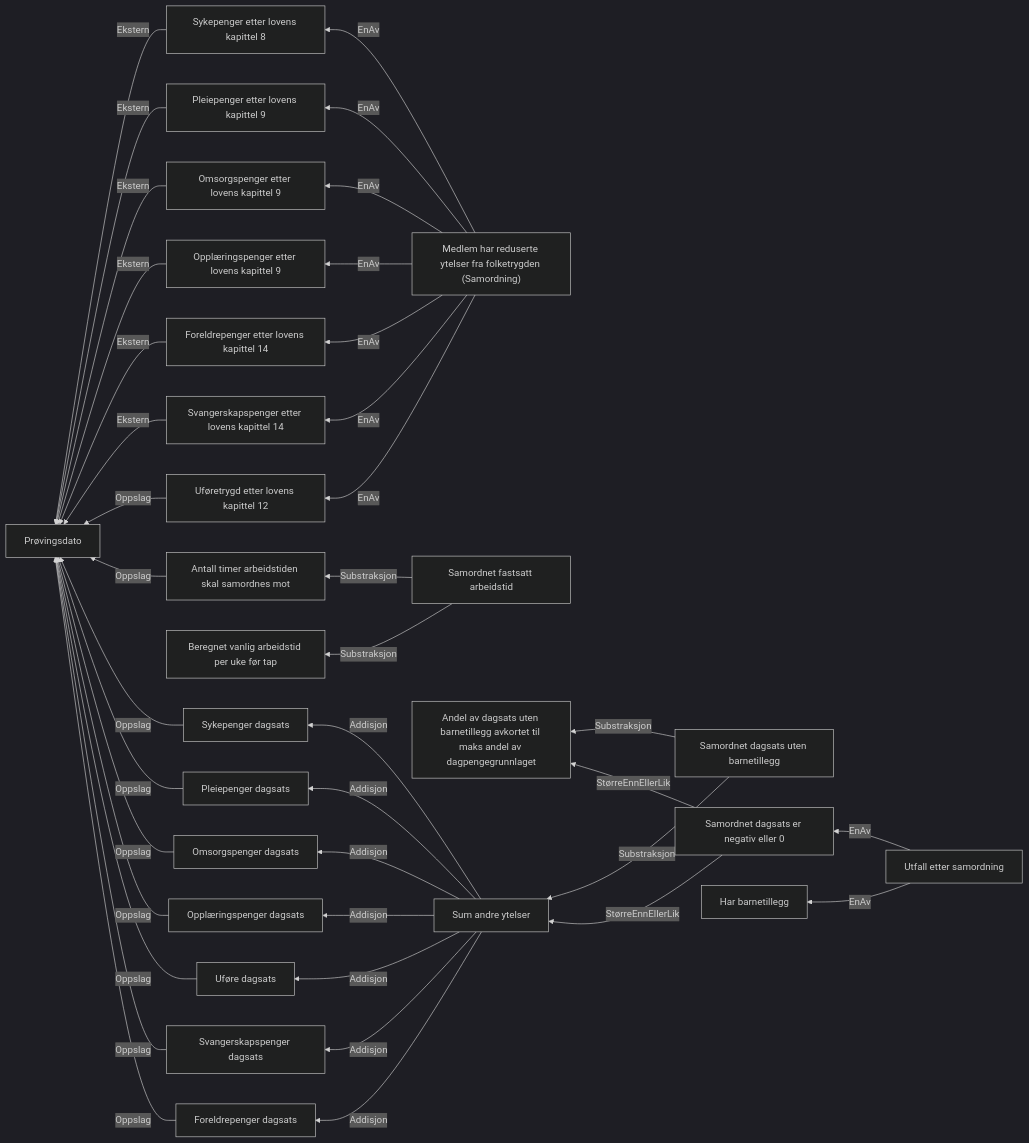
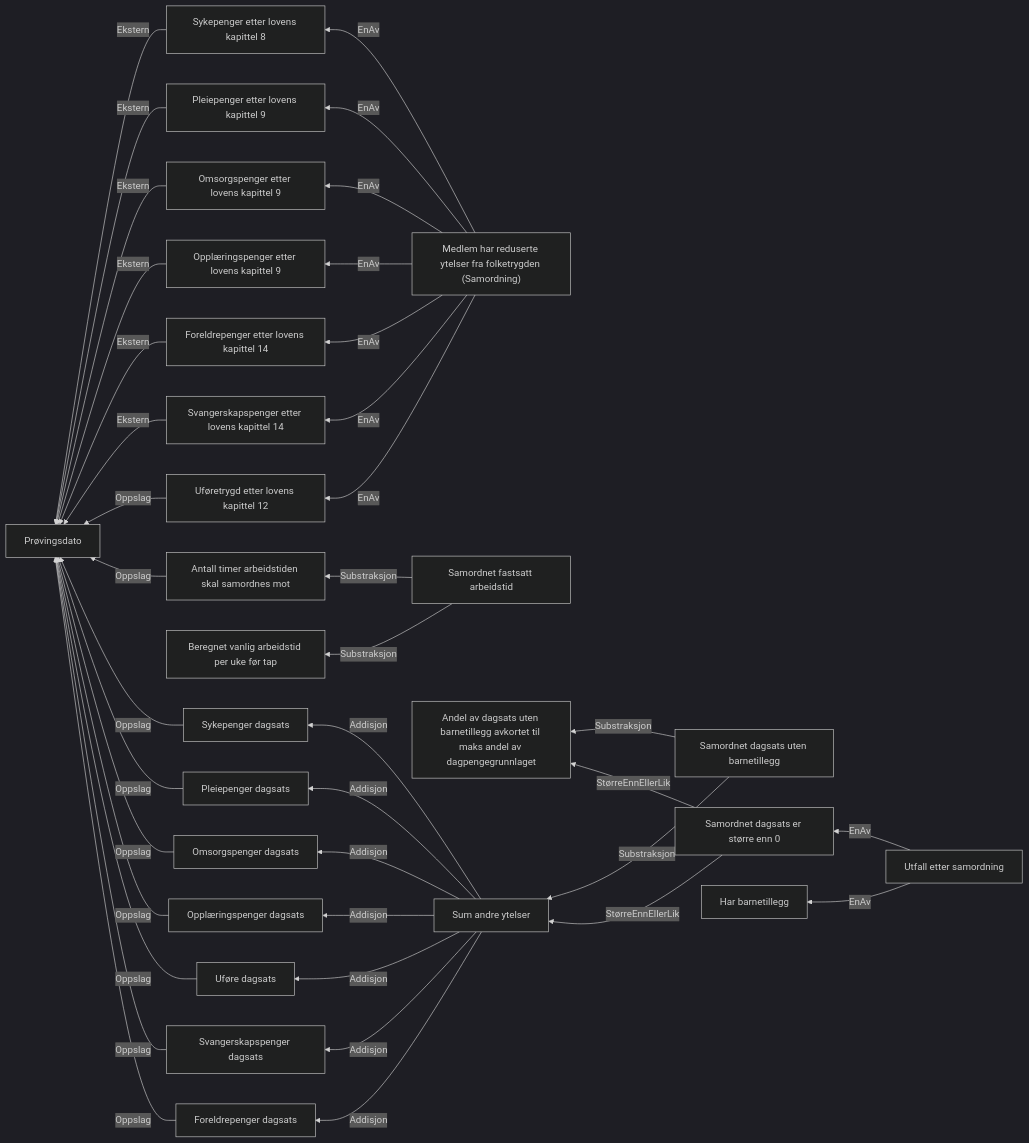
The diagram in docs/regler/§ 4-25.Samordning med reduserte ytelser fra folketrygden, eller redusert avtalefestet pensjon.approved.md (navikt/dp-vedtak), drawn with Mermaid (dark theme) before and after one commit. The commit also changed 5 other files, not shown here.

````diff
--- a/docs/regler/§ 4-25.Samordning med reduserte ytelser fra folketrygden, eller redusert avtalefestet pensjon.approved.md
+++ b/docs/regler/§ 4-25.Samordning med reduserte ytelser fra folketrygden, eller redusert avtalefestet pensjon.approved.md
@@ -5,40 +5,40 @@
 ```mermaid
 graph RL
   A["Sykepenger etter lovens kapittel 8"] -->|"Ekstern"| B["Prøvingsdato"]
   C["Pleiepenger etter lovens kapittel 9"] -->|"Ekstern"| B["Prøvingsdato"]
   D["Omsorgspenger etter lovens kapittel 9"] -->|"Ekstern"| B["Prøvingsdato"]
   E["Opplæringspenger etter lovens kapittel 9"] -->|"Ekstern"| B["Prøvingsdato"]
   F["Foreldrepenger etter lovens kapittel 14"] -->|"Ekstern"| B["Prøvingsdato"]
   G["Svangerskapspenger etter lovens kapittel 14"] -->|"Ekstern"| B["Prøvingsdato"]
   H["Uføretrygd etter lovens kapittel 12"] -->|"Oppslag"| B["Prøvingsdato"]
   I["Antall timer arbeidstiden skal samordnes mot"] -->|"Oppslag"| B["Prøvingsdato"]
   J["Samordnet fastsatt arbeidstid"] -->|"Substraksjon"| K["Beregnet vanlig arbeidstid per uke før tap"]
   J["Samordnet fastsatt arbeidstid"] -->|"Substraksjon"| I["Antall timer arbeidstiden skal samordnes mot"]
   L["Sykepenger dagsats"] -->|"Oppslag"| B["Prøvingsdato"]
   M["Pleiepenger dagsats"] -->|"Oppslag"| B["Prøvingsdato"]
   N["Omsorgspenger dagsats"] -->|"Oppslag"| B["Prøvingsdato"]
   O["Opplæringspenger dagsats"] -->|"Oppslag"| B["Prøvingsdato"]
   P["Uføre dagsats"] -->|"Oppslag"| B["Prøvingsdato"]
   Q["Svangerskapspenger dagsats"] -->|"Oppslag"| B["Prøvingsdato"]
   R["Foreldrepenger dagsats"] -->|"Oppslag"| B["Prøvingsdato"]
   S["Sum andre ytelser"] -->|"Addisjon"| L["Sykepenger dagsats"]
   S["Sum andre ytelser"] -->|"Addisjon"| M["Pleiepenger dagsats"]
   S["Sum andre ytelser"] -->|"Addisjon"| N["Omsorgspenger dagsats"]
   S["Sum andre ytelser"] -->|"Addisjon"| O["Opplæringspenger dagsats"]
   S["Sum andre ytelser"] -->|"Addisjon"| P["Uføre dagsats"]
   S["Sum andre ytelser"] -->|"Addisjon"| R["Foreldrepenger dagsats"]
   S["Sum andre ytelser"] -->|"Addisjon"| Q["Svangerskapspenger dagsats"]
   T["Samordnet dagsats uten barnetillegg"] -->|"Substraksjon"| U["Andel av dagsats uten barnetillegg avkortet til maks andel av dagpengegrunnlaget"]
   T["Samordnet dagsats uten barnetillegg"] -->|"Substraksjon"| S["Sum andre ytelser"]
-  V["Samordnet dagsats er negativ eller 0"] -->|"StørreEnnEllerLik"| U["Andel av dagsats uten barnetillegg avkortet til maks andel av dagpengegrunnlaget"]
-  V["Samordnet dagsats er negativ eller 0"] -->|"StørreEnnEllerLik"| S["Sum andre ytelser"]
-  W["Utfall etter samordning"] -->|"EnAv"| V["Samordnet dagsats er negativ eller 0"]
+  V["Samordnet dagsats er større enn 0"] -->|"StørreEnnEllerLik"| U["Andel av dagsats uten barnetillegg avkortet til maks andel av dagpengegrunnlaget"]
+  V["Samordnet dagsats er større enn 0"] -->|"StørreEnnEllerLik"| S["Sum andre ytelser"]
+  W["Utfall etter samordning"] -->|"EnAv"| V["Samordnet dagsats er større enn 0"]
   W["Utfall etter samordning"] -->|"EnAv"| X["Har barnetillegg"]
   Y["Medlem har reduserte ytelser fra folketrygden (Samordning)"] -->|"EnAv"| A["Sykepenger etter lovens kapittel 8"]
   Y["Medlem har reduserte ytelser fra folketrygden (Samordning)"] -->|"EnAv"| C["Pleiepenger etter lovens kapittel 9"]
   Y["Medlem har reduserte ytelser fra folketrygden (Samordning)"] -->|"EnAv"| D["Omsorgspenger etter lovens kapittel 9"]
   Y["Medlem har reduserte ytelser fra folketrygden (Samordning)"] -->|"EnAv"| E["Opplæringspenger etter lovens kapittel 9"]
   Y["Medlem har reduserte ytelser fra folketrygden (Samordning)"] -->|"EnAv"| H["Uføretrygd etter lovens kapittel 12"]
   Y["Medlem har reduserte ytelser fra folketrygden (Samordning)"] -->|"EnAv"| F["Foreldrepenger etter lovens kapittel 14"]
   Y["Medlem har reduserte ytelser fra folketrygden (Samordning)"] -->|"EnAv"| G["Svangerskapspenger etter lovens kapittel 14"]
 ```
````
